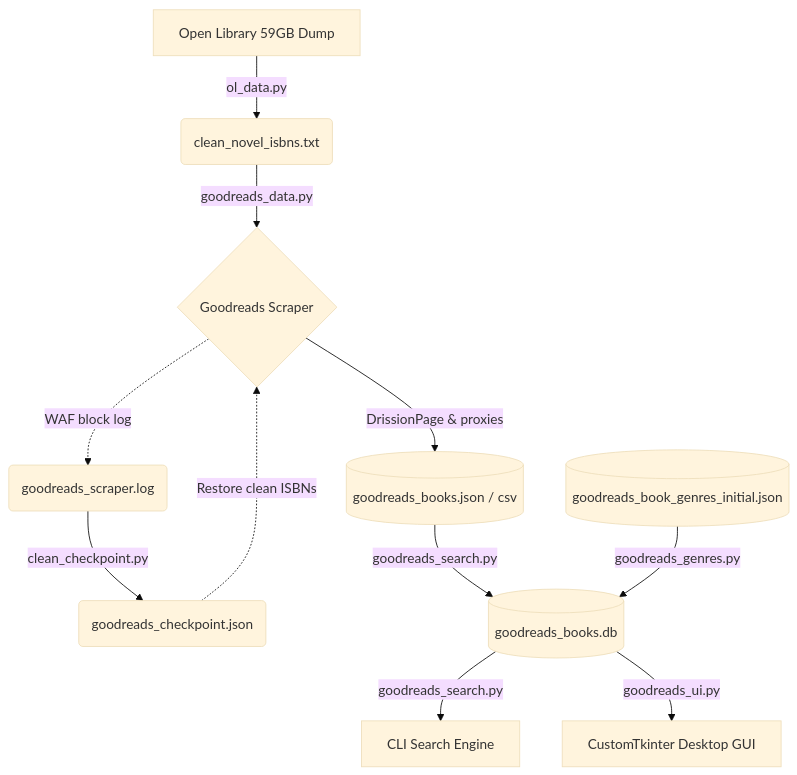
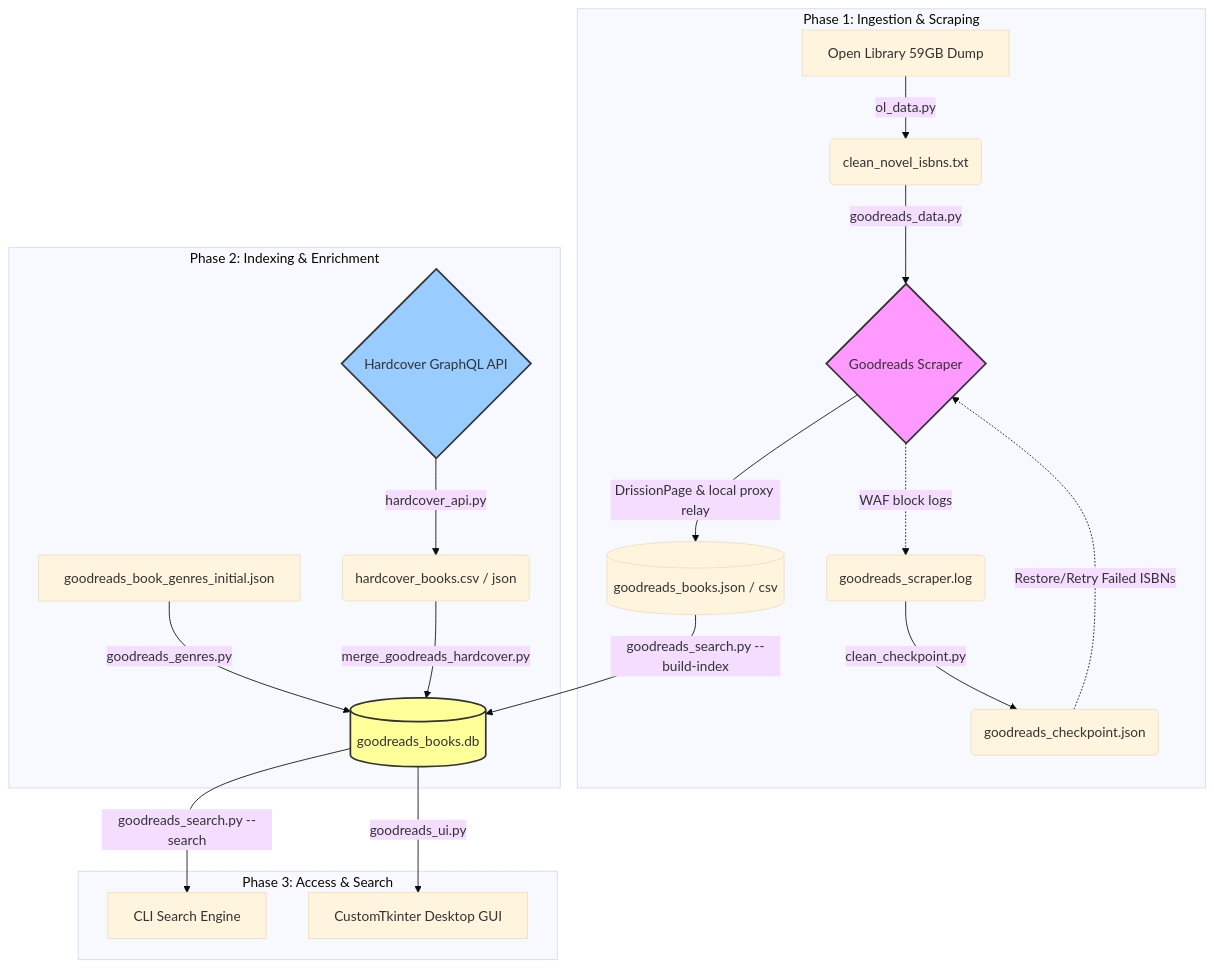
The diagram in README.md (minhduc1212/Novel_Data), drawn with Mermaid (base theme) before and after one commit. The commit also changed other lines of this file, not shown here.

````diff
--- a/README.md
+++ b/README.md
@@ -11,15 +11,32 @@
 ```mermaid
 graph TD
-    A[Open Library 59GB Dump] -->|ol_data.py| B(clean_novel_isbns.txt)
-    B -->|goodreads_data.py| C{Goodreads Scraper}
-    C -->|DrissionPage & proxies| D[(goodreads_books.json / csv)]
-    C -.->|WAF block log| E(goodreads_scraper.log)
-    E -->|clean_checkpoint.py| F(goodreads_checkpoint.json)
-    F -.->|Restore clean ISBNs| C
-    
-    D -->|goodreads_search.py| G[(goodreads_books.db)]
-    
-    H[(goodreads_book_genres_initial.json)] -->|goodreads_genres.py| G
-    G -->|goodreads_search.py| I[CLI Search Engine]
-    G -->|goodreads_ui.py| J[CustomTkinter Desktop GUI]
+    %% Phase 1: Ingestion & Goodreads Scraping
+    subgraph Phase 1: Ingestion & Scraping
+        OL[Open Library 59GB Dump] -->|ol_data.py| OL_Clean(clean_novel_isbns.txt)
+        OL_Clean -->|goodreads_data.py| GR_Scraper{Goodreads Scraper}
+        GR_Scraper -->|DrissionPage & local proxy relay| GR_Raw[(goodreads_books.json / csv)]
+        GR_Scraper -.->|WAF block logs| LOG(goodreads_scraper.log)
+        LOG -->|clean_checkpoint.py| CKPT(goodreads_checkpoint.json)
+        CKPT -.->|Restore/Retry Failed ISBNs| GR_Scraper
+    end
+
+    %% Phase 2: Indexing & Enrichment
+    subgraph Phase 2: Indexing & Enrichment
+        GR_Raw -->|goodreads_search.py --build-index| DB[(goodreads_books.db)]
+        GEN_INIT[goodreads_book_genres_initial.json] -->|goodreads_genres.py| DB
+        
+        %% Hardcover Crawling & Integration
+        HC_API{Hardcover GraphQL API} -->|hardcover_api.py| HC_Raw(hardcover_books.csv / json)
+        HC_Raw -->|merge_goodreads_hardcover.py| DB
+    end
+
+    %% Phase 3: Access & Search
+    subgraph Phase 3: Access & Search
+        DB -->|goodreads_search.py --search| CLI[CLI Search Engine]
+        DB -->|goodreads_ui.py| GUI[CustomTkinter Desktop GUI]
+    end
+
+    style GR_Scraper fill:#f9f,stroke:#333,stroke-width:2px
+    style HC_API fill:#9cf,stroke:#333,stroke-width:2px
+    style DB fill:#ff9,stroke:#333,stroke-width:2px
 ```
````
